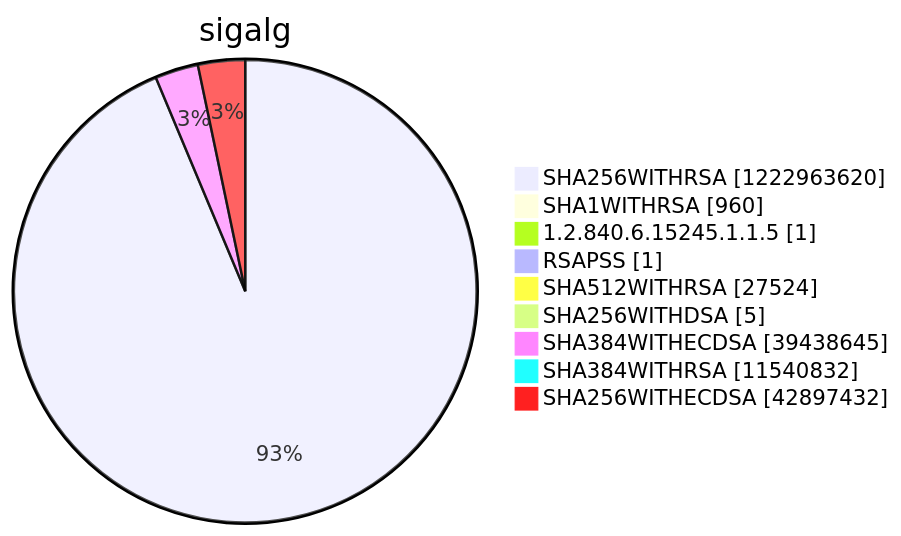
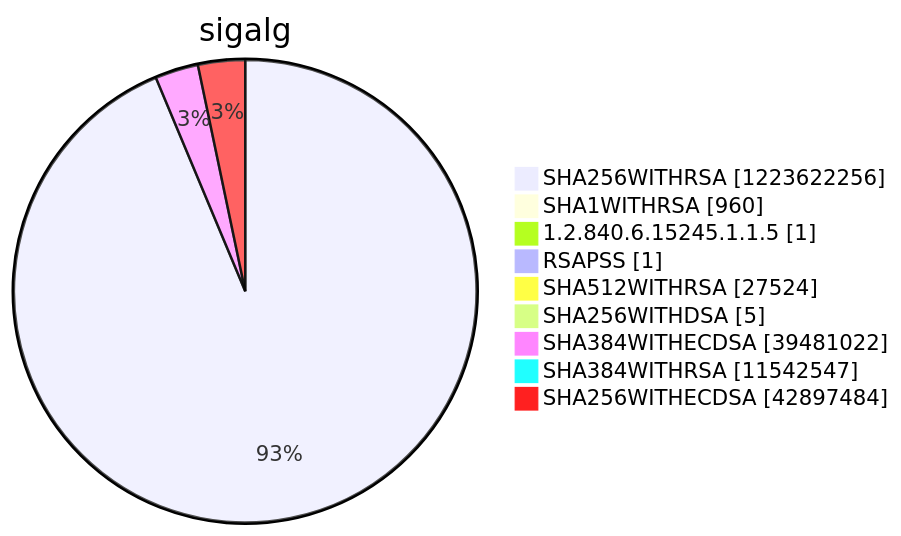
Before and after one commit to christiankrug/ctmonitor_visualization: diagram 15 of 15 in argon2022/README.md, drawn with Mermaid. The commit also changed other lines of this file, not shown here.

````diff
--- a/argon2022/README.md
+++ b/argon2022/README.md
@@ -5521,13 +5521,13 @@
 ```mermaid
 pie showData
 title sigalg
-"SHA256WITHRSA" :1222963620
+"SHA256WITHRSA" :1223622256
 "SHA1WITHRSA" :960
 "1.2.840.6.15245.1.1.5" :1
 "RSAPSS" :1
 "SHA512WITHRSA" :27524
 "SHA256WITHDSA" :5
-"SHA384WITHECDSA" :39438645
-"SHA384WITHRSA" :11540832
-"SHA256WITHECDSA" :42897432
+"SHA384WITHECDSA" :39481022
+"SHA384WITHRSA" :11542547
+"SHA256WITHECDSA" :42897484
 ```
````
